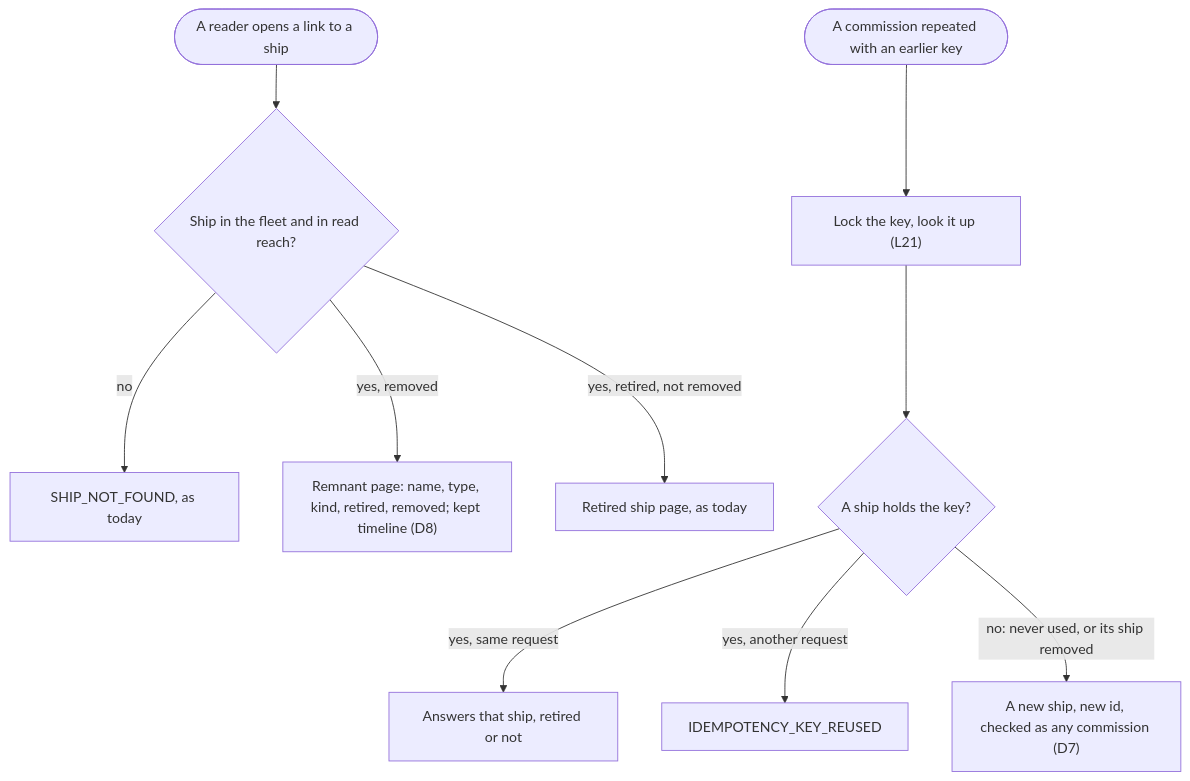
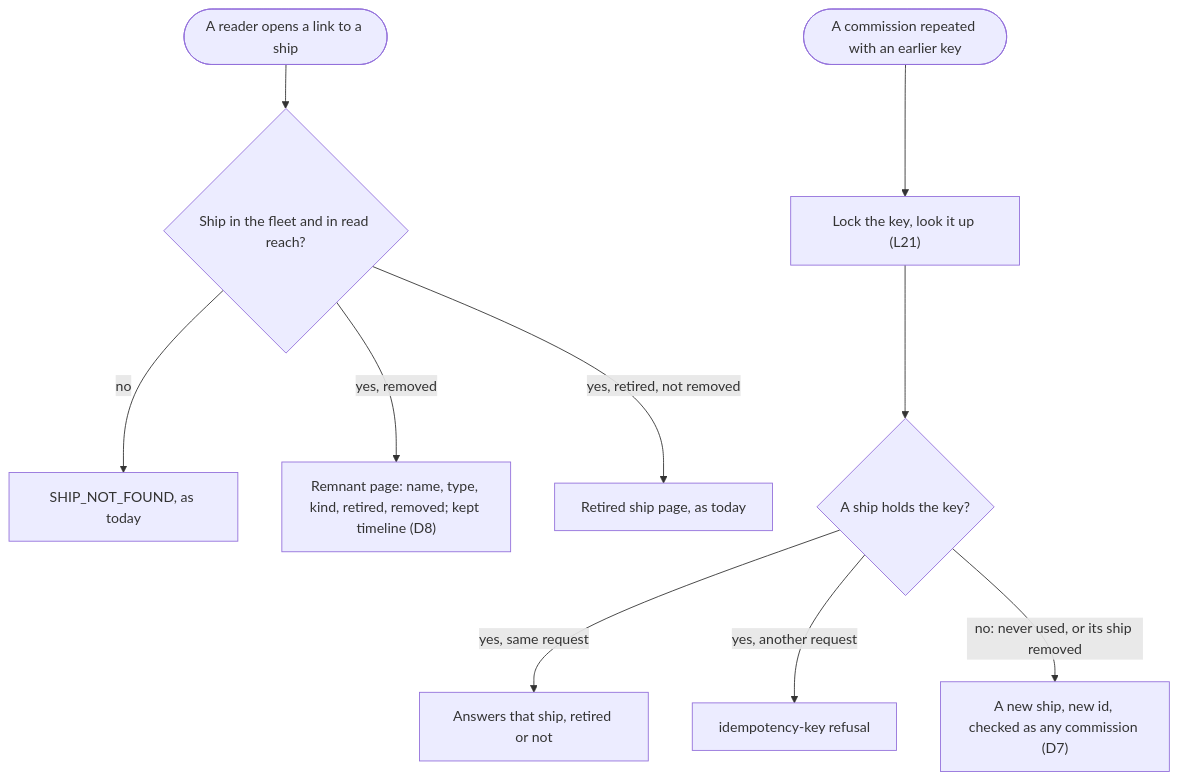
One commit to ThomasHendrickx/aeolus-fleet changed the second of 3 diagrams in docs/design/retired-ships/retired-ships.md. Above: the diagram before and after it, drawn with Mermaid. The commit also changed other lines of this file and 7 other files, not shown here.

````diff
--- a/docs/design/retired-ships/retired-ships.md
+++ b/docs/design/retired-ships/retired-ships.md
@@ -116,12 +116,12 @@
 ```mermaid
 flowchart TD
   link(["A reader opens a link to a ship"]) --> found{"Ship in the fleet and in read reach?"}
   found -->|no| nf["SHIP_NOT_FOUND, as today"]
   found -->|"yes, removed"| rem["Remnant page: name, type, kind, retired, removed; kept timeline (D8)"]
   found -->|"yes, retired, not removed"| ret["Retired ship page, as today"]
   com(["A commission repeated with an earlier key"]) --> lock["Lock the key, look it up (L21)"]
   lock --> key{"A ship holds the key?"}
   key -->|"yes, same request"| same["Answers that ship, retired or not"]
-  key -->|"yes, another request"| reused["IDEMPOTENCY_KEY_REUSED"]
+  key -->|"yes, another request"| reused["idempotency-key refusal"]
   key -->|"no: never used, or its ship removed"| new["A new ship, new id, checked as any commission (D7)"]
 ```
````
